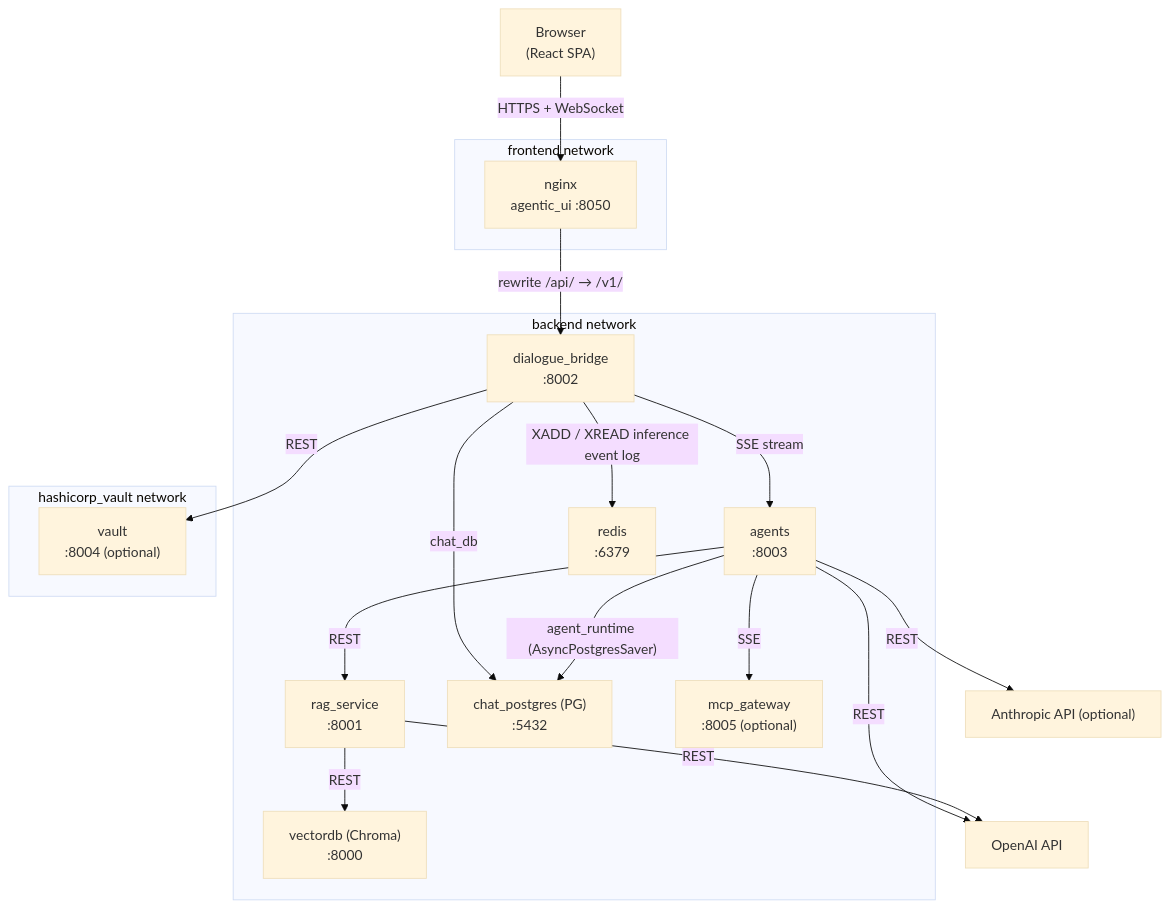
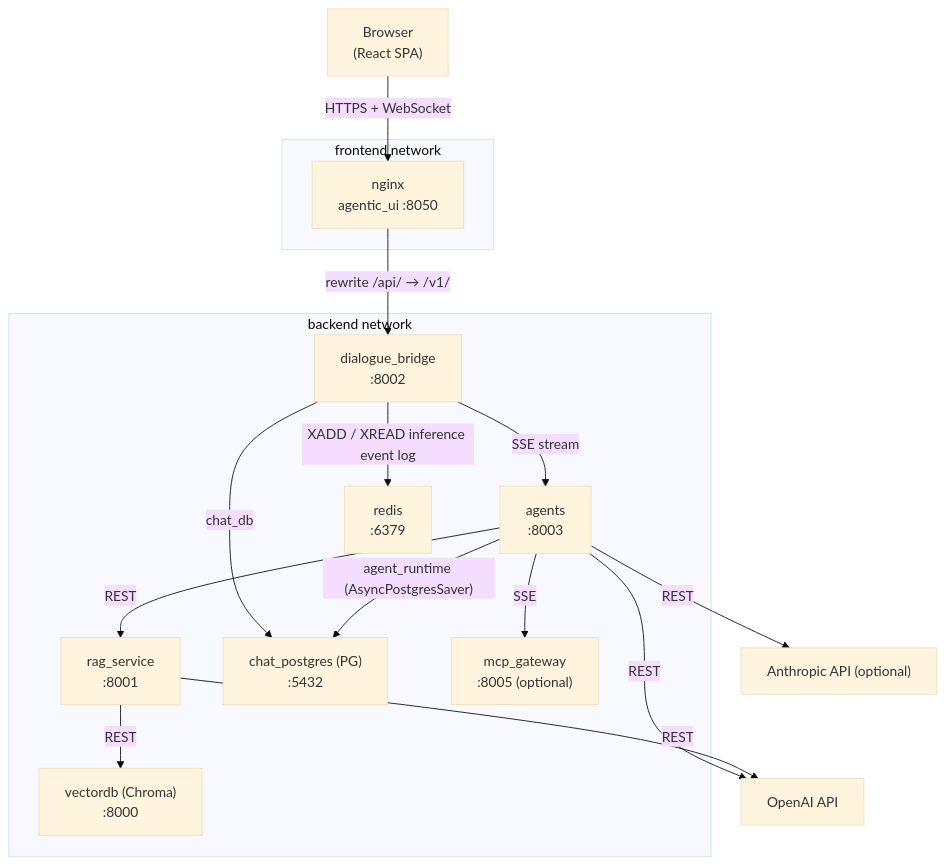
Before and after one commit to konstantinosmpouros/mAgenticX: the first of 3 diagrams in docs/architecture/overview.md, drawn with Mermaid (base theme). The commit also changed other lines of this file and 44 other files, not shown here.

Commit message:
feat(dialogue_bridge,agentic_ui): make Microsoft Entra SSO the only login and sign session tokens with an OCI KMS HSM key instead of Vault

````diff
--- a/docs/architecture/overview.md
+++ b/docs/architecture/overview.md
@@ -27,38 +26,33 @@
 ```mermaid
 flowchart TB
     Browser["Browser\n(React SPA)"]
 
     subgraph frontend_net["frontend network"]
         nginx["nginx\nagentic_ui :8050"]
     end
 
     subgraph backend_net["backend network"]
         bridge["dialogue_bridge\n:8002"]
         agents["agents\n:8003"]
         rag["rag_service\n:8001"]
         chroma["vectordb (Chroma)\n:8000"]
         pg["chat_postgres (PG)\n:5432"]
         redis["redis\n:6379"]
         mcp["mcp_gateway\n:8005 (optional)"]
     end
 
-    subgraph vault_net["hashicorp_vault network"]
-        vault["vault\n:8004 (optional)"]
-    end
-
     Browser -->|"HTTPS + WebSocket"| nginx
     nginx -->|"rewrite /api/ → /v1/"| bridge
     bridge -->|"SSE stream"| agents
-    bridge -->|"REST"| vault
     bridge -->|"chat_db"| pg
     bridge -->|"XADD / XREAD inference event log"| redis
 
     agents -->|"agent_runtime (AsyncPostgresSaver)"| pg
     agents -->|"REST"| rag
     agents -->|"SSE"| mcp
     agents -->|"REST"| OpenAI["OpenAI API"]
     agents -->|"REST"| Anthropic["Anthropic API (optional)"]
 
     rag -->|"REST"| chroma
     rag -->|"REST"| OpenAI
 ```
````
